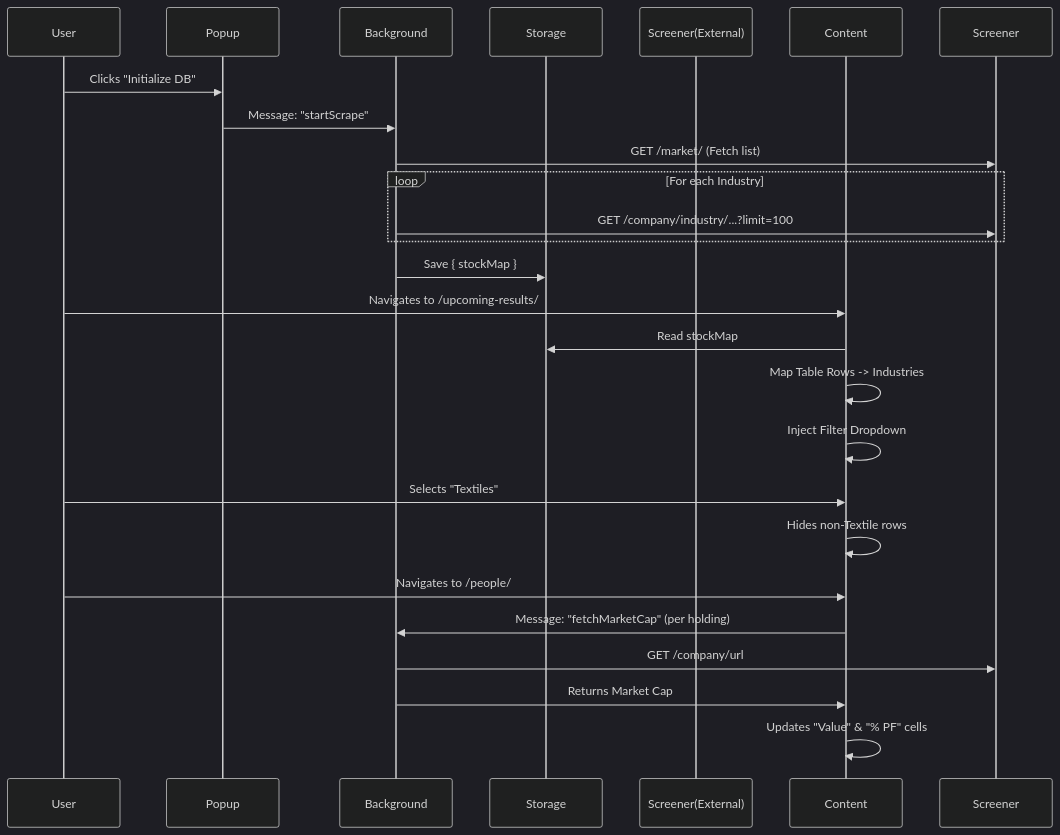
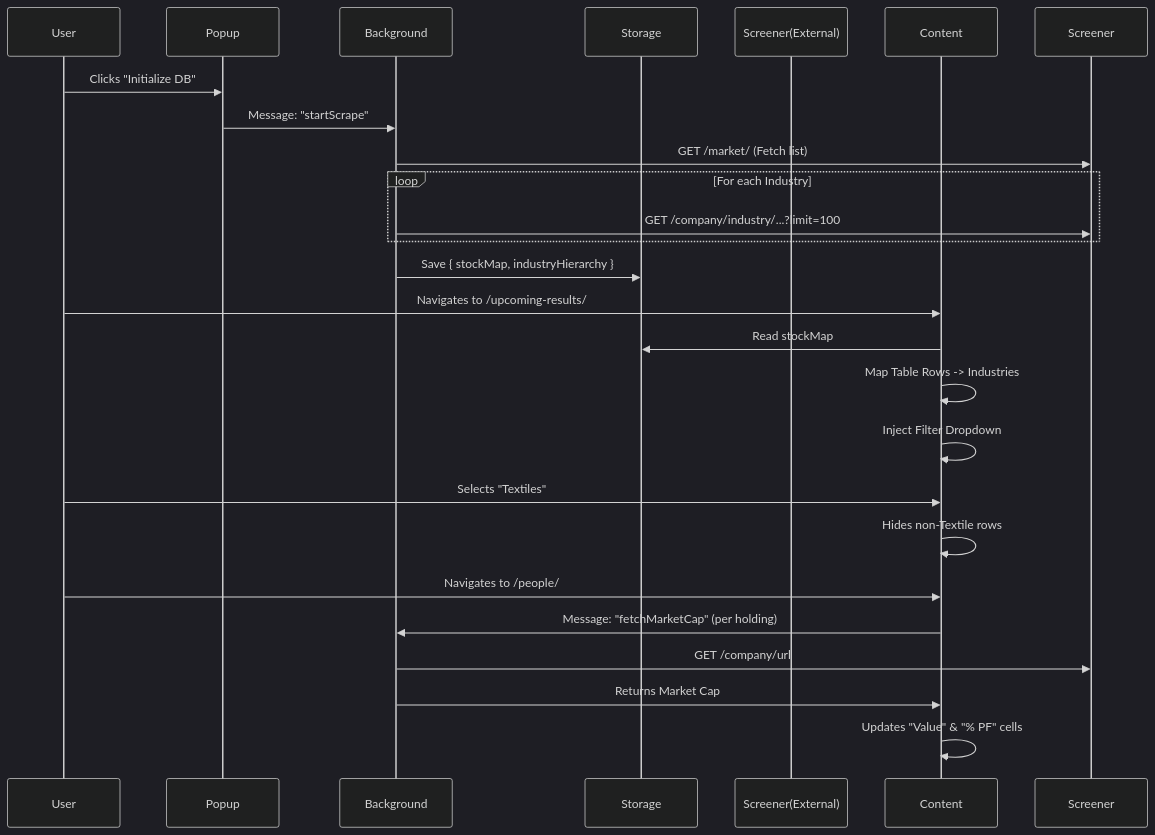
The diagram in .context/ARCHITECTURE.md (eggmasonvalue/screenerin-feat-complete), drawn with Mermaid (dark theme) before and after one commit. The commit also changed other lines of this file and 7 other files, not shown here.

````diff
--- a/.context/ARCHITECTURE.md
+++ b/.context/ARCHITECTURE.md
@@ -38,30 +42,30 @@
 ```mermaid
 sequenceDiagram
     participant User
     participant Popup
     participant Background
     participant Storage
     participant Screener(External)
     participant Content
 
     User->>Popup: Clicks "Initialize DB"
     Popup->>Background: Message: "startScrape"
     Background->>Screener: GET /market/ (Fetch list)
     loop For each Industry
         Background->>Screener: GET /company/industry/...?limit=100
     end
-    Background->>Storage: Save { stockMap }
+    Background->>Storage: Save { stockMap, industryHierarchy }
     
     User->>Content: Navigates to /upcoming-results/
     Content->>Storage: Read stockMap
     Content->>Content: Map Table Rows -> Industries
     Content->>Content: Inject Filter Dropdown
     User->>Content: Selects "Textiles"
     Content->>Content: Hides non-Textile rows
 
     User->>Content: Navigates to /people/
     Content->>Background: Message: "fetchMarketCap" (per holding)
     Background->>Screener: GET /company/url
     Background->>Content: Returns Market Cap
     Content->>Content: Updates "Value" & "% PF" cells
 ```
````
